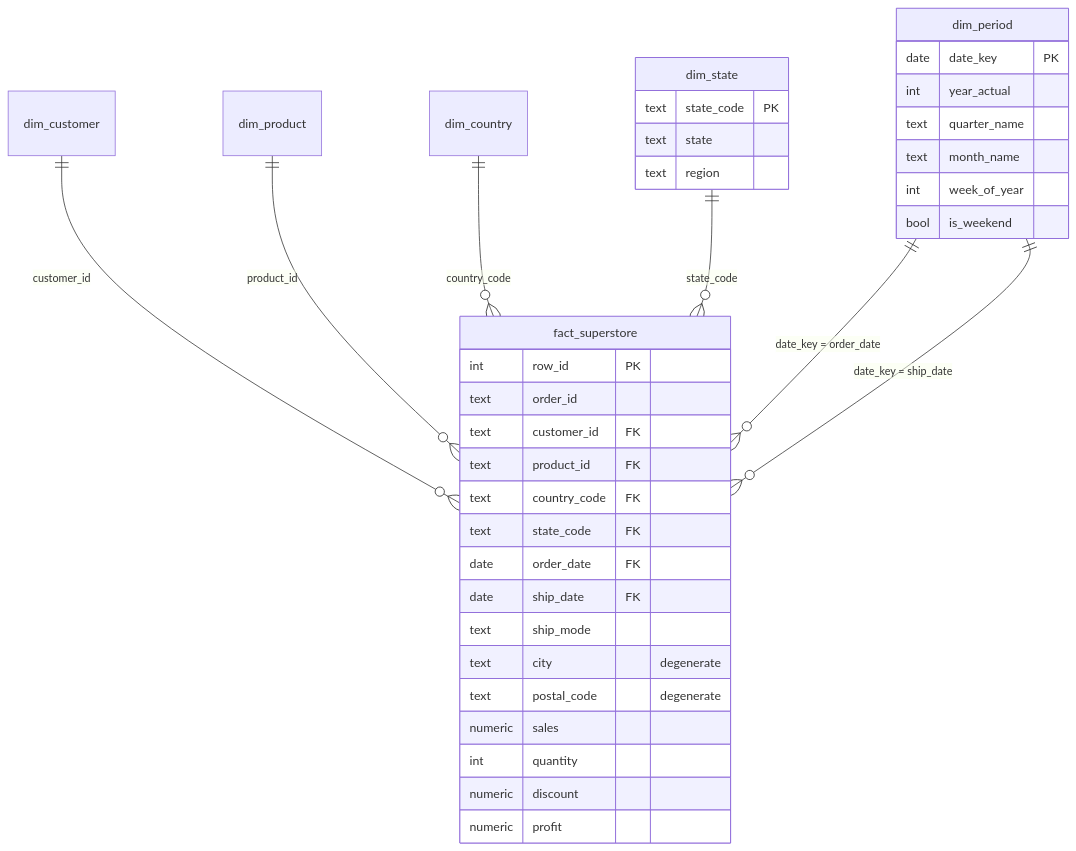
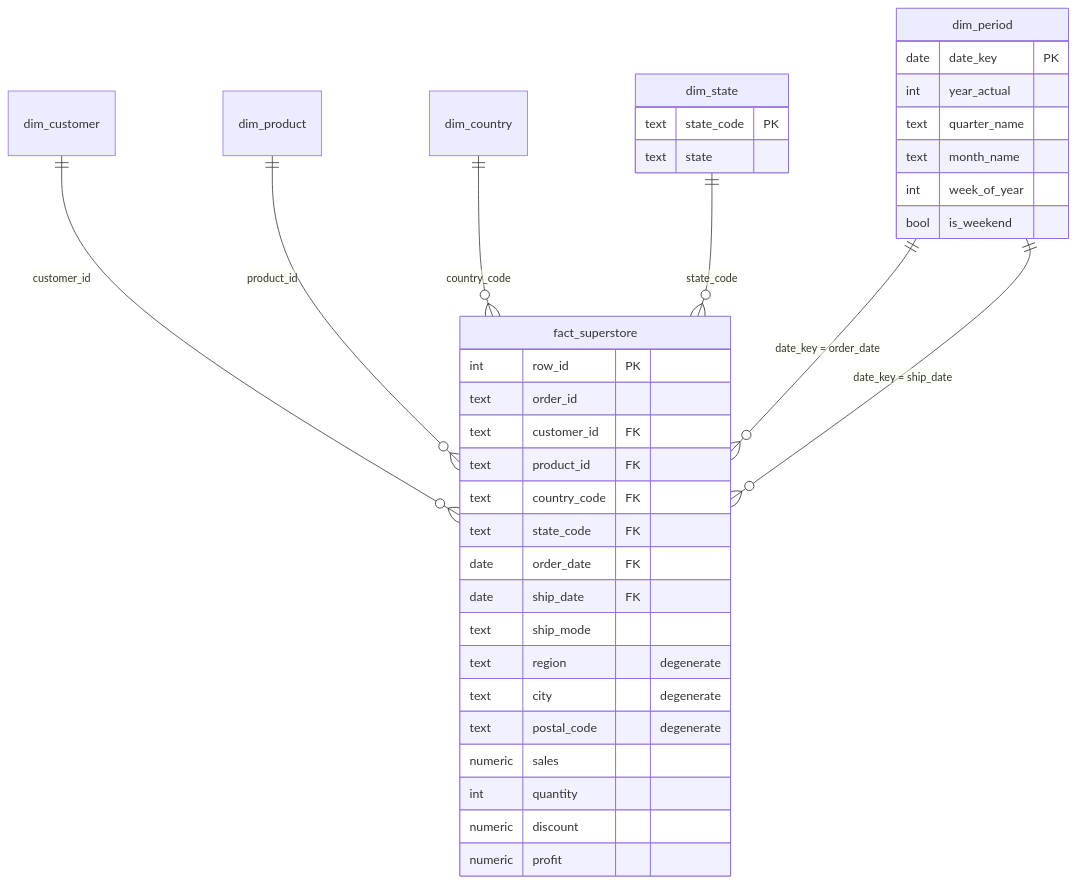
Before and after one commit to juliuschaesar-dev/datavault-dbt: the third of 4 diagrams in docs/architecture.md, drawn with Mermaid. The commit also changed other lines of this file and 10 other files, not shown here.

````diff
--- a/docs/architecture.md
+++ b/docs/architecture.md
@@ -183,42 +186,42 @@
 ```mermaid
 erDiagram
     dim_customer ||--o{ fact_superstore : customer_id
     dim_product  ||--o{ fact_superstore : product_id
     dim_country  ||--o{ fact_superstore : country_code
     dim_state    ||--o{ fact_superstore : state_code
     dim_period   ||--o{ fact_superstore : "date_key = order_date"
     dim_period   ||--o{ fact_superstore : "date_key = ship_date"
 
     fact_superstore {
         int row_id PK
         text order_id
         text customer_id FK
         text product_id FK
         text country_code FK
         text state_code FK
         date order_date FK
         date ship_date FK
         text ship_mode
+        text region "degenerate"
         text city "degenerate"
         text postal_code "degenerate"
         numeric sales
         int quantity
         numeric discount
         numeric profit
     }
 
     dim_state {
         text state_code PK
         text state
-        text region
     }
 
     dim_period {
         date date_key PK
         int year_actual
         text quarter_name
         text month_name
         int week_of_year
         bool is_weekend
     }
 ```
````
